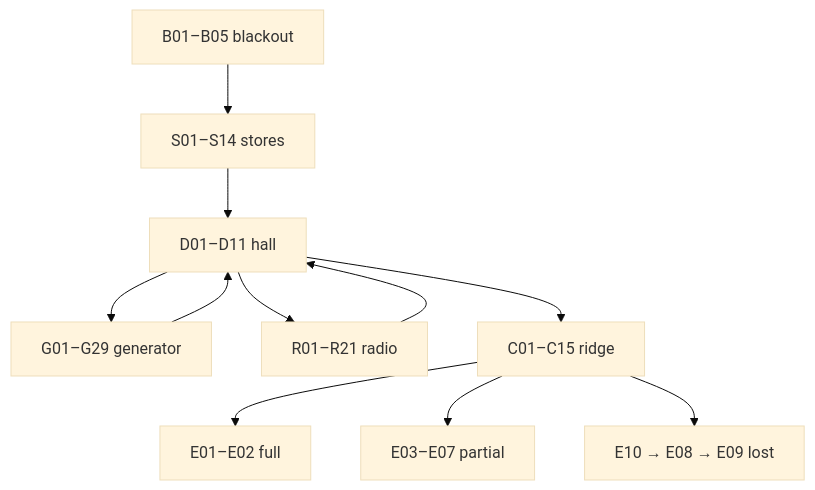
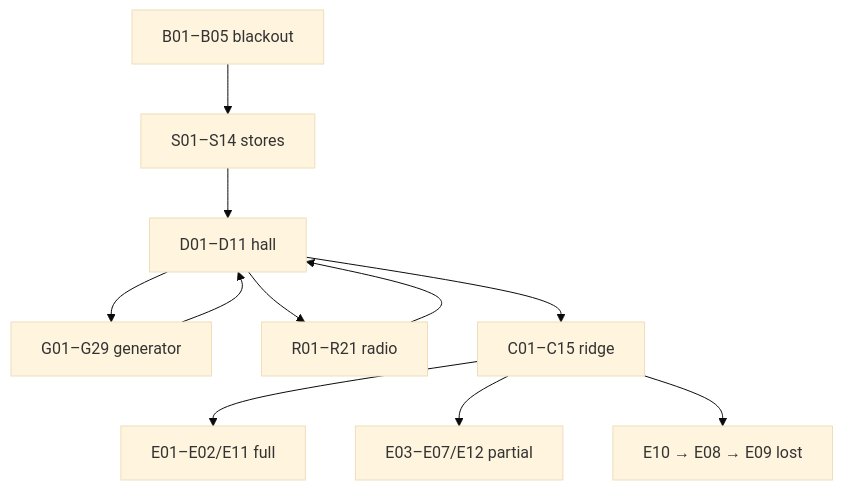
Before and after one commit to rjtg/grimm: the first of 4 diagrams in examples/whiteout/production/storyboards/BRANCHES.md, drawn with Mermaid (base theme). The commit also changed other lines of this file and 29 other files, not shown here.

````diff
--- a/examples/whiteout/production/storyboards/BRANCHES.md
+++ b/examples/whiteout/production/storyboards/BRANCHES.md
@@ -5,13 +5,13 @@
 ```mermaid
 flowchart TD
  B["B01–B05 blackout"] --> S["S01–S14 stores"]
  S --> D["D01–D11 hall"]
  D --> G["G01–G29 generator"]
  D --> R["R01–R21 radio"]
  G --> D
  R --> D
  D --> C["C01–C15 ridge"]
- C --> F["E01–E02 full"]
- C --> P["E03–E07 partial"]
+ C --> F["E01–E02/E11 full"]
+ C --> P["E03–E07/E12 partial"]
  C --> L["E10 → E08 → E09 lost"]
 ```
````
